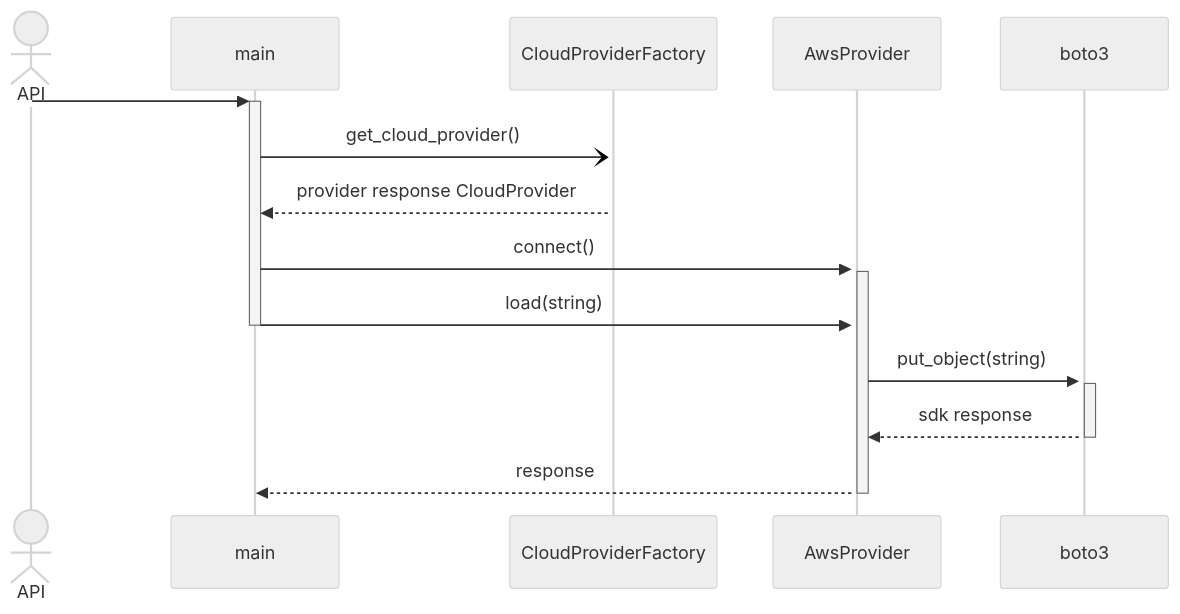
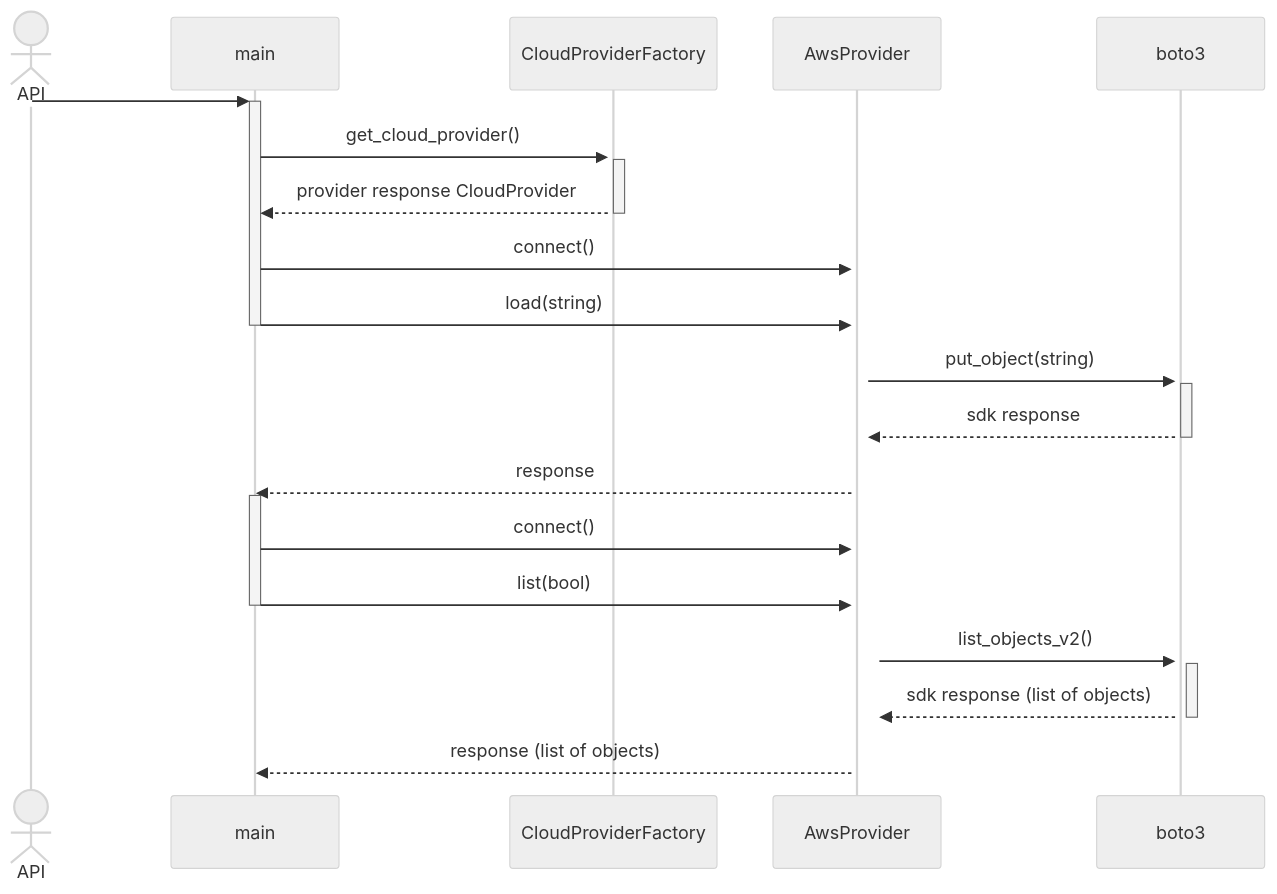
The diagram in docs/sequence_diagram.md (CPNV-ES-BI1-RIA2-ETL-INTERNAL-SOURCE/BUCKET), drawn with Mermaid (neutral theme) before and after one commit. The commit also changed 7 other files, not shown here.

`````diff
--- a/docs/sequence_diagram.md
+++ b/docs/sequence_diagram.md
@@ -1,16 +1,26 @@
 ````mermaid
 sequenceDiagram
     Actor API
     API ->>+ main : 
-    main -)+ CloudProviderFactory : get_cloud_provider()
+    main ->>+ CloudProviderFactory : get_cloud_provider()
     activate CloudProviderFactory
-    CloudProviderFactory -->> main : provider response CloudProvider
+    CloudProviderFactory -->>- main : provider response CloudProvider
     
     main ->>+ AwsProvider : connect()
     activate AwsProvider
     main ->>- AwsProvider : load(string)
     AwsProvider ->>+ boto3 : put_object(string)
     activate boto3
     boto3 -->>- AwsProvider : sdk response
-    AwsProvider -->>- main : response
+    AwsProvider -->> main : response
+    
+
+    activate main
+    main ->>+ AwsProvider : connect()
+    activate AwsProvider
+    main ->>- AwsProvider : list(bool)
+    AwsProvider ->>+ boto3 : list_objects_v2()
+    activate boto3
+    boto3 -->>- AwsProvider : sdk response (list of objects)
+    AwsProvider -->> main : response (list of objects)
 ````
`````
